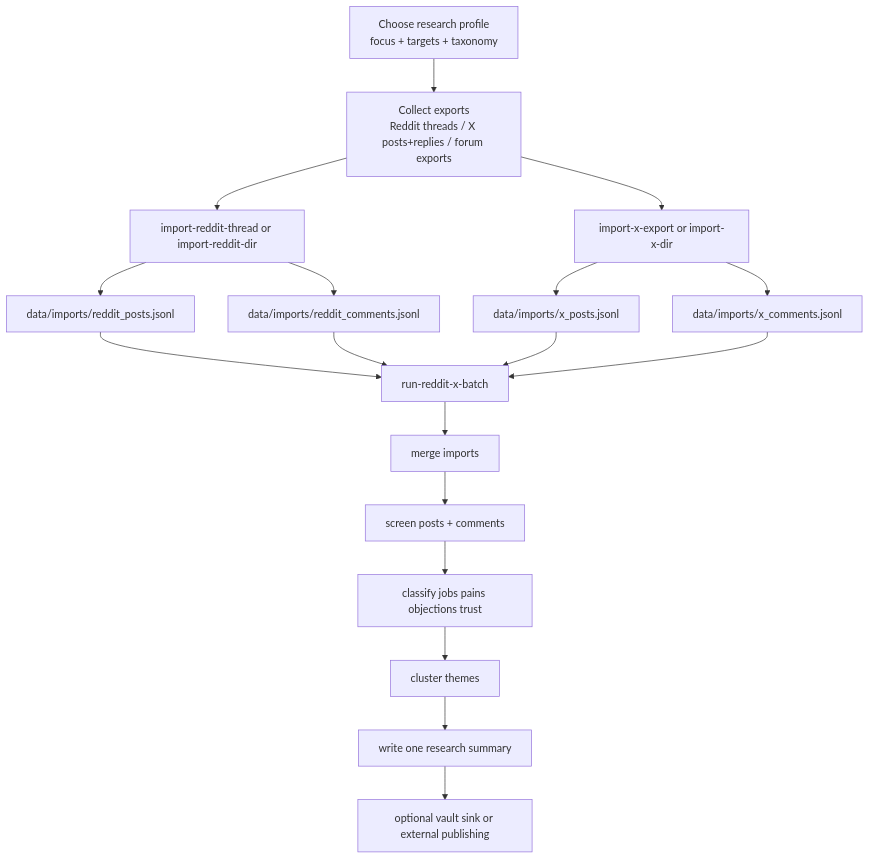
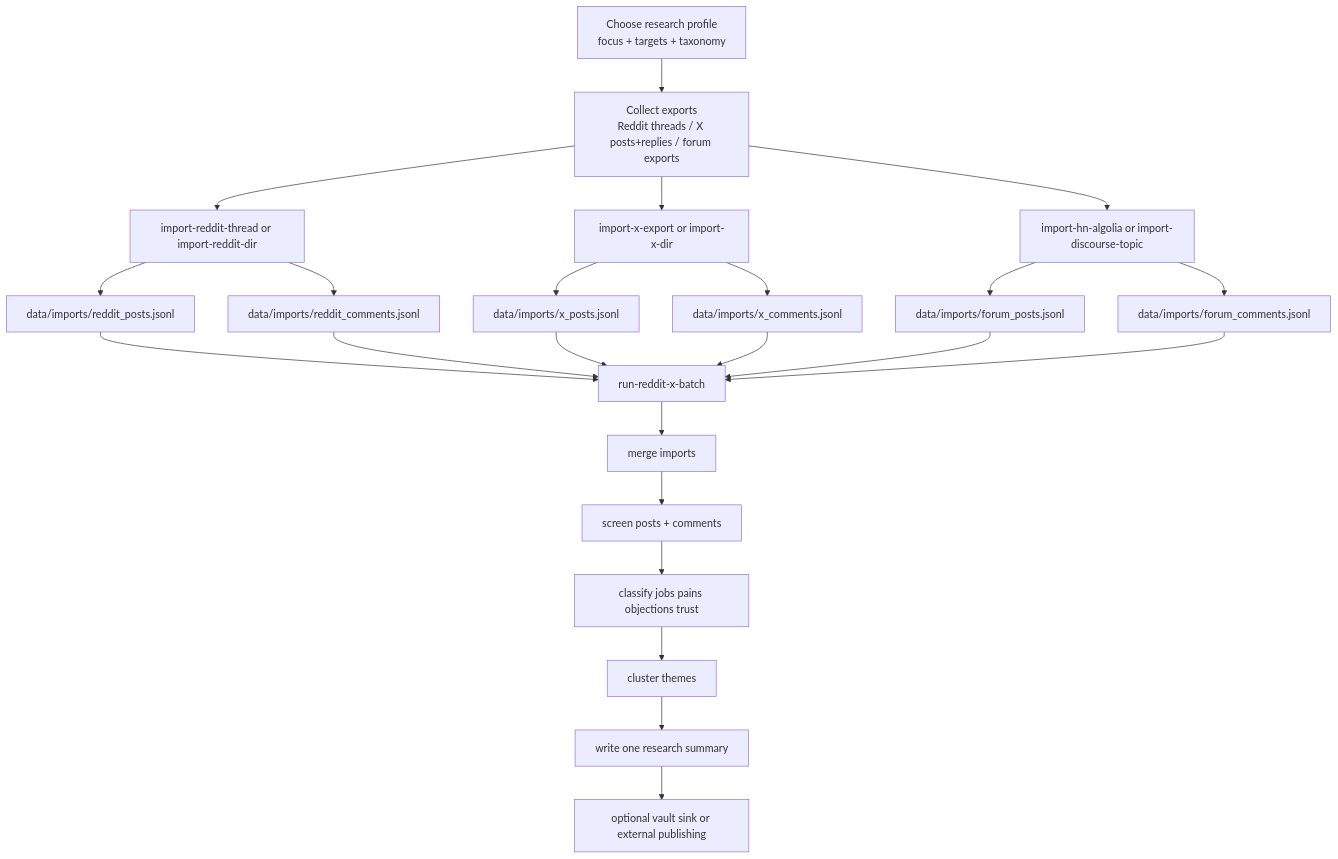
The diagram in docs/pipeline-flow.md (wdong97/web-forum-research-sentiment-analysis), drawn with Mermaid before and after one commit. The commit also changed 8 other files, not shown here.

Commit message:
Add forum import support

````diff
--- a/docs/pipeline-flow.md
+++ b/docs/pipeline-flow.md
@@ -3,20 +3,25 @@
 ```mermaid
 flowchart TD
     A[Choose research profile\nfocus + targets + taxonomy] --> B[Collect exports\nReddit threads / X posts+replies / forum exports]
     B --> C1[import-reddit-thread or import-reddit-dir]
     B --> C2[import-x-export or import-x-dir]
+    B --> C3[import-hn-algolia or import-discourse-topic]
     C1 --> D1[data/imports/reddit_posts.jsonl]
     C1 --> D2[data/imports/reddit_comments.jsonl]
     C2 --> D3[data/imports/x_posts.jsonl]
     C2 --> D4[data/imports/x_comments.jsonl]
+    C3 --> D5[data/imports/forum_posts.jsonl]
+    C3 --> D6[data/imports/forum_comments.jsonl]
     D1 --> E[run-reddit-x-batch]
     D2 --> E
     D3 --> E
     D4 --> E
+    D5 --> E
+    D6 --> E
     E --> F[merge imports]
     F --> G[screen posts + comments]
     G --> H[classify jobs pains objections trust]
     H --> I[cluster themes]
     I --> J[write one research summary]
     J --> K[optional vault sink or external publishing]
 ```
````
